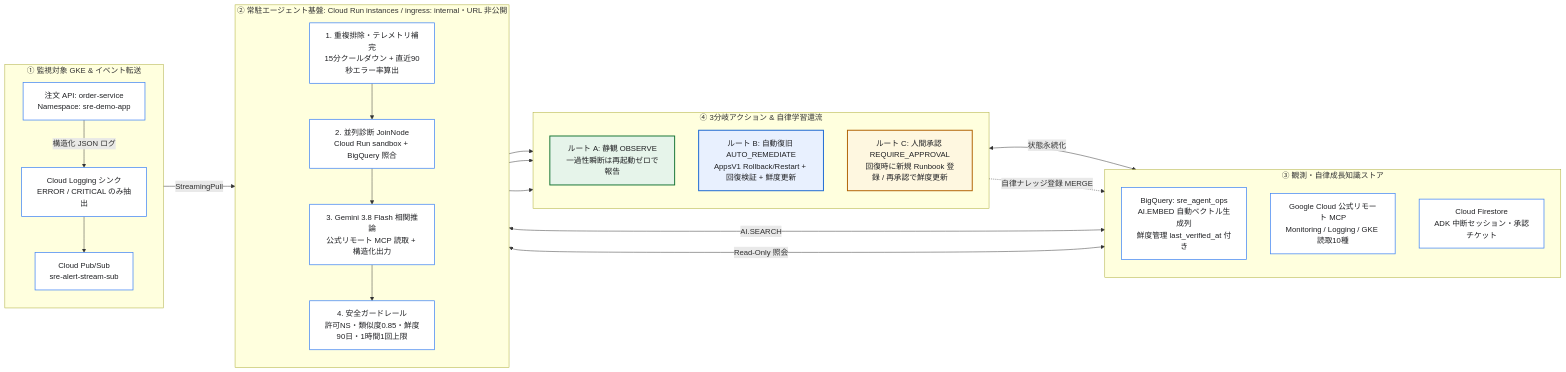
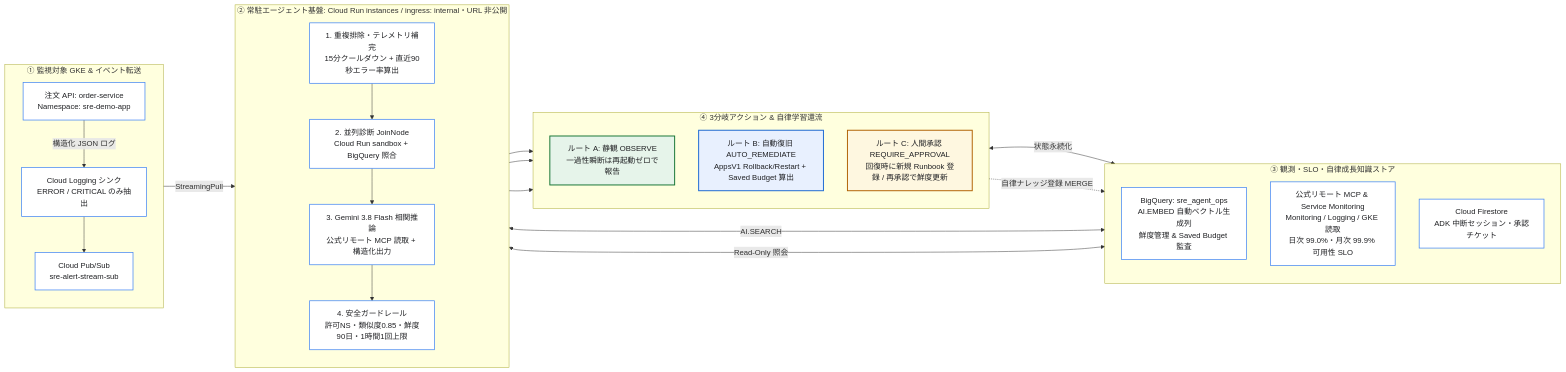
Before and after one commit to tyorikan/agentic-sre-handson: the diagram in README.md, drawn with Mermaid. The commit also changed other lines of this file and 27 other files, not shown here.

Commit message:
feat(slo): add Cloud Monitoring SLO & Error Budget savings tracking and polish workshop guides

````diff
--- a/README.md
+++ b/README.md
@@ -16,49 +16,49 @@
 ```mermaid
 flowchart LR
     subgraph S1["① 監視対象 GKE & イベント転送"]
         direction TB
         OrderApp["注文 API: order-service<br/>Namespace: sre-demo-app"]
         LogSink["Cloud Logging シンク<br/>ERROR / CRITICAL のみ抽出"]
         PubSub["Cloud Pub/Sub<br/>sre-alert-stream-sub"]
         OrderApp -->|"構造化 JSON ログ"| LogSink --> PubSub
     end
 
     subgraph S2["② 常駐エージェント基盤: Cloud Run instances / ingress: internal・URL 非公開"]
         direction TB
         Dedup["1. 重複排除・テレメトリ補完<br/>15分クールダウン + 直近90秒エラー率算出"]
         Diag["2. 並列診断 JoinNode<br/>Cloud Run sandbox + BigQuery 照合"]
         Decide["3. Gemini 3.8 Flash 相関推論<br/>公式リモート MCP 読取 + 構造化出力"]
         Guard["4. 安全ガードレール<br/>許可NS・類似度0.85・鮮度90日・1時間1回上限"]
         Dedup --> Diag --> Decide --> Guard
     end
 
-    subgraph S3["③ 観測・自律成長知識ストア"]
+    subgraph S3["③ 観測・SLO・自律成長知識ストア"]
         direction TB
-        BQ["BigQuery: sre_agent_ops<br/>AI.EMBED 自動ベクトル生成列<br/>鮮度管理 last_verified_at 付き"]
-        MCP["Google Cloud 公式リモート MCP<br/>Monitoring / Logging / GKE 読取10種"]
+        BQ["BigQuery: sre_agent_ops<br/>AI.EMBED 自動ベクトル生成列<br/>鮮度管理 & Saved Budget 監査"]
+        MCP["公式リモート MCP & Service Monitoring<br/>Monitoring / Logging / GKE 読取<br/>日次 99.0%・月次 99.9% 可用性 SLO"]
         FS["Cloud Firestore<br/>ADK 中断セッション・承認チケット"]
     end
 
     subgraph S4["④ 3分岐アクション & 自律学習還流"]
         direction TB
         R1["ルート A: 静観 OBSERVE<br/>一過性瞬断は再起動ゼロで報告"]
-        R2["ルート B: 自動復旧 AUTO_REMEDIATE<br/>AppsV1 Rollback/Restart + 回復検証 + 鮮度更新"]
+        R2["ルート B: 自動復旧 AUTO_REMEDIATE<br/>AppsV1 Rollback/Restart + Saved Budget 算出"]
         R3["ルート C: 人間承認 REQUIRE_APPROVAL<br/>回復時に新規 Runbook 登録 / 再承認で鮮度更新"]
     end
 
     PubSub -->|"StreamingPull"| Dedup
     Diag <-->|"AI.SEARCH"| BQ
     Decide <-->|"Read-Only 照会"| MCP
     Guard --> R1 & R2 & R3
     R3 <-->|"状態永続化"| FS
     R3 -.->|"自律ナレッジ登録 MERGE"| BQ
 
     classDef surface fill:#ffffff,stroke:#4285F4,stroke-width:1.5px,color:#202124;
     classDef routeA fill:#e6f4ea,stroke:#137333,stroke-width:2px,color:#202124;
     classDef routeB fill:#e8f0fe,stroke:#1967d2,stroke-width:2px,color:#202124;
     classDef routeC fill:#fef7e0,stroke:#b06000,stroke-width:2px,color:#202124;
     class OrderApp,LogSink,PubSub,Dedup,Diag,Decide,Guard,MCP,BQ,FS surface;
     class R1 routeA;
     class R2 routeB;
     class R3 routeC;
 ```
````
